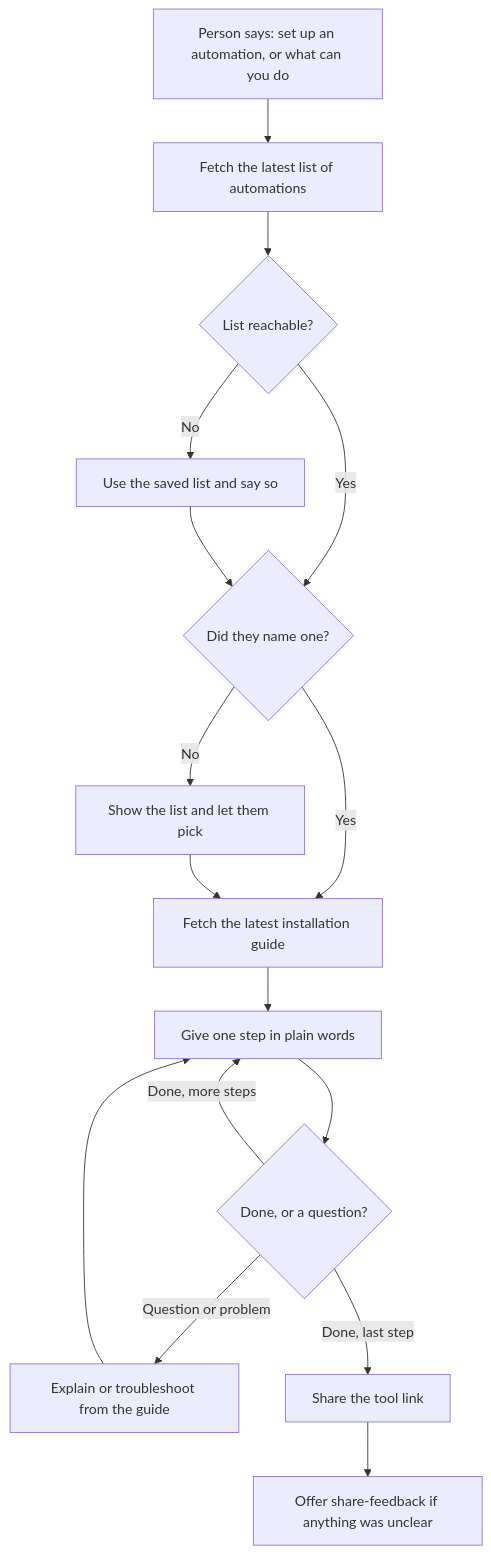
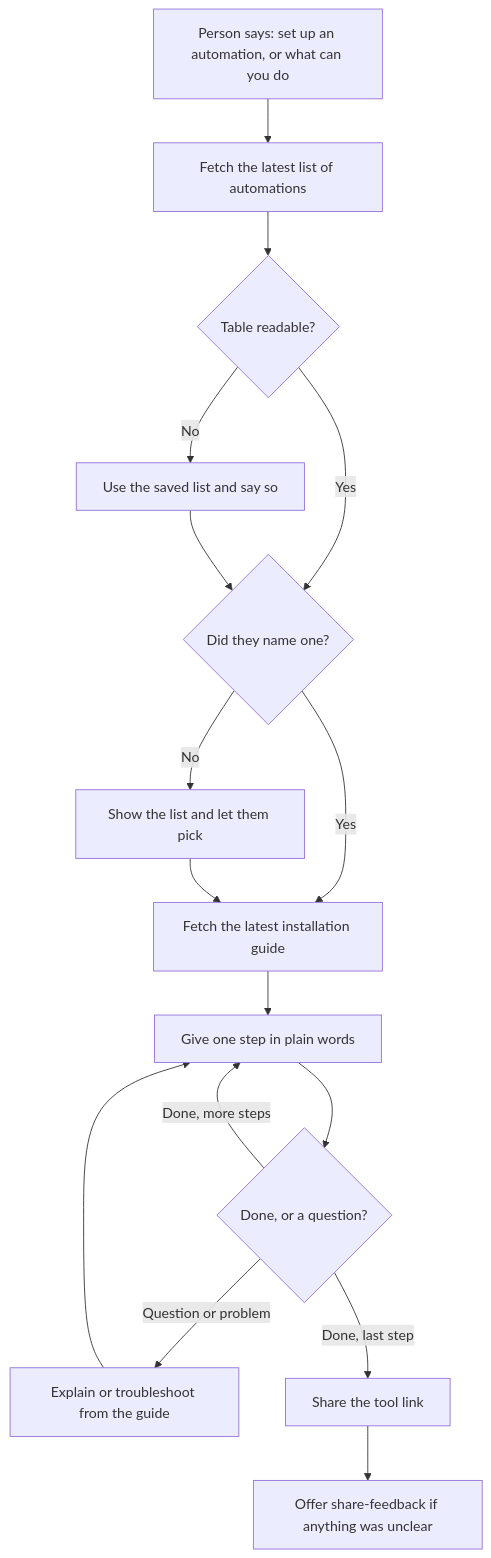
One commit to tejitpabari99/tejit-non-profit-mkt changed the diagram in docs/skills/install-automation.md. Above: the diagram before and after it, drawn with Mermaid. The commit also changed other lines of this file and 10 other files, not shown here.

````diff
--- a/docs/skills/install-automation.md
+++ b/docs/skills/install-automation.md
@@ -11,18 +11,18 @@
 ```mermaid
 flowchart TD
     A["Person says: set up an automation, or what can you do"] --> B["Fetch the latest list of automations"]
-    B --> C{"List reachable?"}
+    B --> C{"Table readable?"}
     C -- No --> D["Use the saved list and say so"]
     C -- Yes --> E{"Did they name one?"}
     D --> E
     E -- No --> F["Show the list and let them pick"]
     E -- Yes --> G["Fetch the latest installation guide"]
     F --> G
     G --> H["Give one step in plain words"]
     H --> I{"Done, or a question?"}
     I -- Question or problem --> J["Explain or troubleshoot from the guide"]
     J --> H
     I -- Done, more steps --> H
     I -- Done, last step --> K["Share the tool link"]
     K --> L["Offer share-feedback if anything was unclear"]
 ```
````
